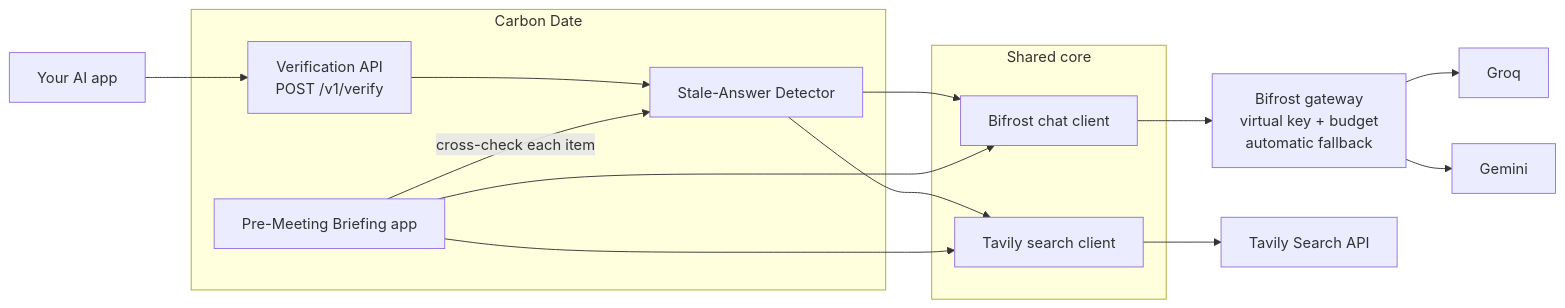
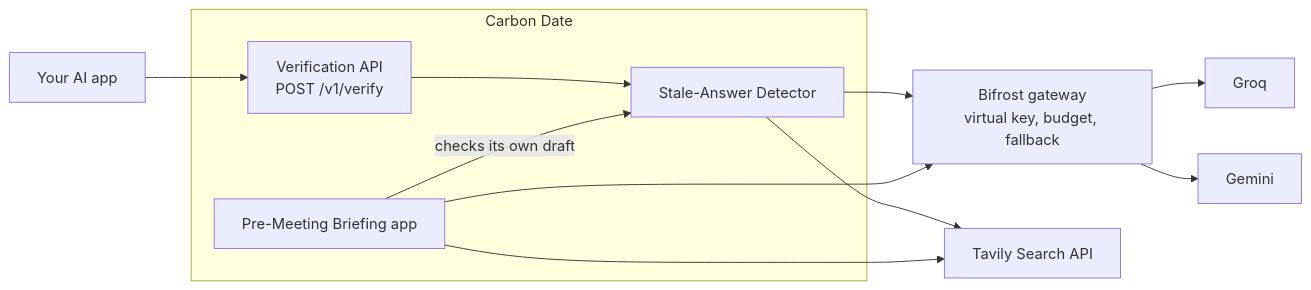
Before and after one commit to mgoblimar/bifrost_tavily_global_ai_hackathon: the diagram in README.md, drawn with Mermaid. The commit also changed other lines of this file, not shown here.

````diff
--- a/README.md
+++ b/README.md
@@ -133,23 +218,17 @@
 ```mermaid
 flowchart LR
     X[Your AI app] --> A
     subgraph App["Carbon Date"]
         A["Verification API<br/>POST /v1/verify"]
         D[Stale-Answer Detector]
         B[Pre-Meeting Briefing app]
     end
     A --> D
-    subgraph Core["Shared core"]
-        L[Bifrost chat client]
-        S[Tavily search client]
-    end
-    D --> L
-    D --> S
-    B --> L
-    B --> S
-    B -- "cross-check each item" --> D
-    L --> G["Bifrost gateway<br/>virtual key + budget<br/>automatic fallback"]
+    B -- "checks its own draft" --> D
+    D --> G["Bifrost gateway<br/>virtual key, budget, fallback"]
+    B --> G
     G --> P1[Groq]
     G --> P2[Gemini]
-    S --> T[Tavily Search API]
+    D --> T[Tavily Search API]
+    B --> T
 ```
````
